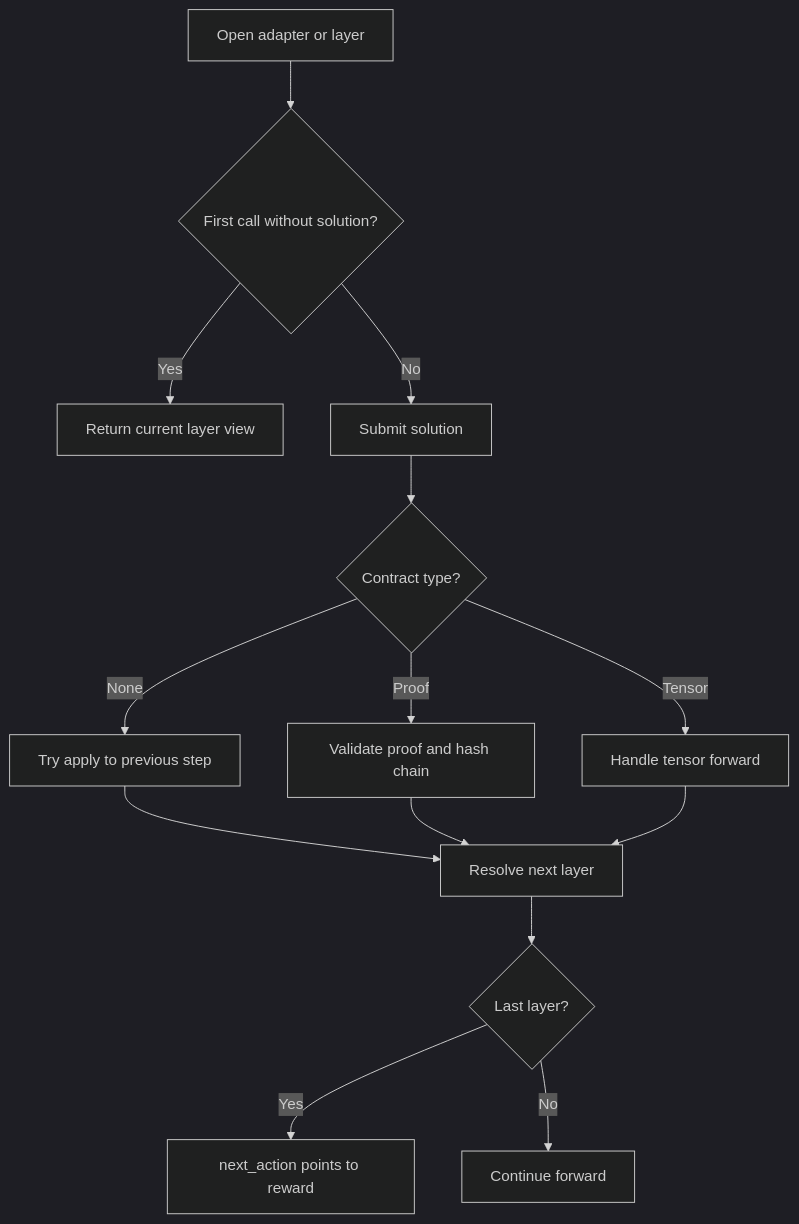
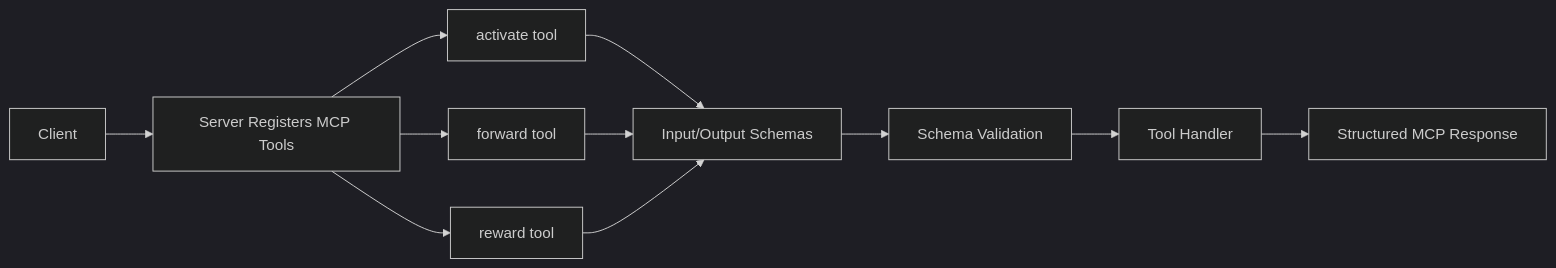
Before and after one commit to SquadRules/mcp: the eighth of 9 diagrams in .qoder/repowiki/en/content/Core Concepts/Core Concepts.md, drawn with Mermaid (dark theme). The commit also changed other lines of this file and 553 other files, not shown here.

````diff
--- a/.qoder/repowiki/en/content/Core Concepts/Core Concepts.md
+++ b/.qoder/repowiki/en/content/Core Concepts/Core Concepts.md
@@ -296,16 +381,13 @@
 ```mermaid
-flowchart TD
-Start["Open adapter or layer"] --> FirstCall{"First call without solution?"}
-FirstCall --> |Yes| ShowCurrent["Return current layer view"]
-FirstCall --> |No| SubmitSolution["Submit solution"]
-SubmitSolution --> ContractType{"Contract type?"}
-ContractType --> |Tensor| TensorFlow["Handle tensor forward"]
-ContractType --> |None| PreviousStep["Try apply to previous step"]
-ContractType --> |Proof| ValidateProof["Validate proof and hash chain"]
-PreviousStep --> NextLayer["Resolve next layer"]
-ValidateProof --> NextLayer
-TensorFlow --> NextLayer
-NextLayer --> Complete{"Last layer?"}
-Complete --> |Yes| Reward["next_action points to reward"]
-Complete --> |No| Continue["Continue forward"]
+graph LR
+Client["Client"] --> Register["Server Registers MCP Tools"]
+Register --> ActivateTool["activate tool"]
+Register --> ForwardTool["forward tool"]
+Register --> RewardTool["reward tool"]
+ActivateTool --> Schema["Input/Output Schemas"]
+ForwardTool --> Schema
+RewardTool --> Schema
+Schema --> Validation["Schema Validation"]
+Validation --> Handler["Tool Handler"]
+Handler --> Response["Structured MCP Response"]
 ```
````
